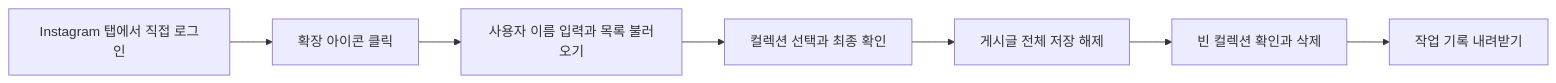
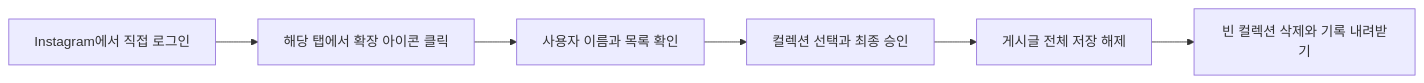
The diagram in README.md (ind2x/SavedCollectionClean), drawn with Mermaid before and after one commit. The commit also changed other lines of this file and 11 other files, not shown here.

````diff
--- a/README.md
+++ b/README.md
@@ -50,9 +44,8 @@
 ```mermaid
 flowchart LR
-    A[Instagram 탭에서 직접 로그인] --> B[확장 아이콘 클릭]
-    B --> C[사용자 이름 입력과 목록 불러오기]
-    C --> D[컬렉션 선택과 최종 확인]
+    A[Instagram에서 직접 로그인] --> B[해당 탭에서 확장 아이콘 클릭]
+    B --> C[사용자 이름과 목록 확인]
+    C --> D[컬렉션 선택과 최종 승인]
     D --> E[게시글 전체 저장 해제]
-    E --> F[빈 컬렉션 확인과 삭제]
-    F --> G[작업 기록 내려받기]
+    E --> F[빈 컬렉션 삭제와 기록 내려받기]
 ```
````
